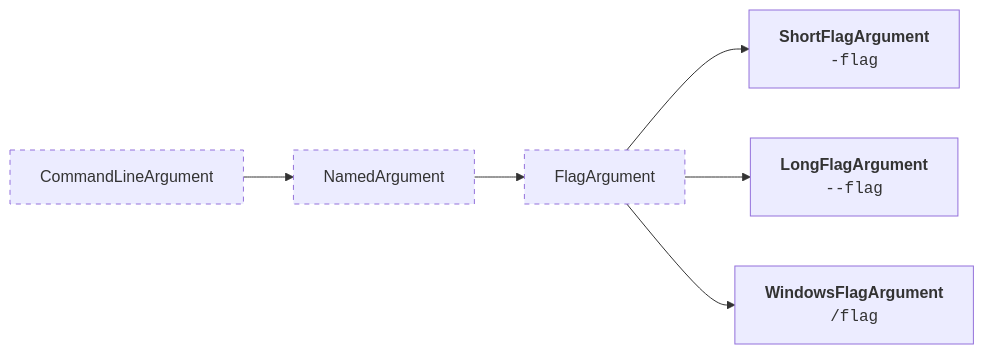
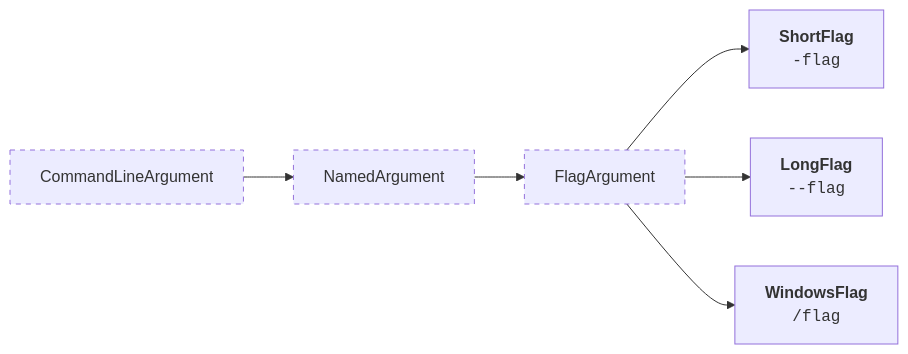
The third of 3 diagrams in doc/Arguments.rst (pyTooling/pyTooling.CLIAbstraction), drawn with Mermaid before and after one commit. The commit also changed other lines of this file and 6 other files, not shown here.

```diff
--- a/doc/Arguments.rst
+++ b/doc/Arguments.rst
@@ -221,12 +221,12 @@
 .. mermaid::
 
    graph LR;
      CLA[CommandLineArgument]
      style CLA stroke-dasharray: 5 5
      CLA --> NA[NamedArgument]
      style NA stroke-dasharray: 5 5
      NA --> FA[FlagArgument]
      style FA stroke-dasharray: 5 5
-     FA --> SFA["<b>ShortFlagArgument</b><br/><div style='font-family: monospace'>-flag</div>"]
-     FA --> LFA["<b>LongFlagArgument</b><br/><div style='font-family: monospace'>--flag</div>"]
-     FA --> WFA["<b>WindowsFlagArgument</b><br/><div style='font-family: monospace'>/flag</div>"]
+     FA --> SFA["<b>ShortFlag</b><br/><div style='font-family: monospace'>-flag</div>"]
+     FA --> LFA["<b>LongFlag</b><br/><div style='font-family: monospace'>--flag</div>"]
+     FA --> WFA["<b>WindowsFlag</b><br/><div style='font-family: monospace'>/flag</div>"]
```
